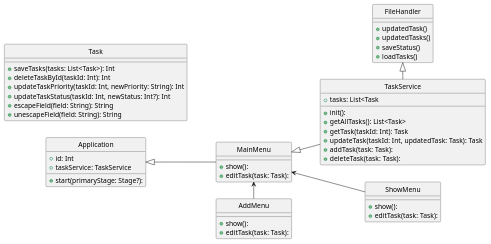
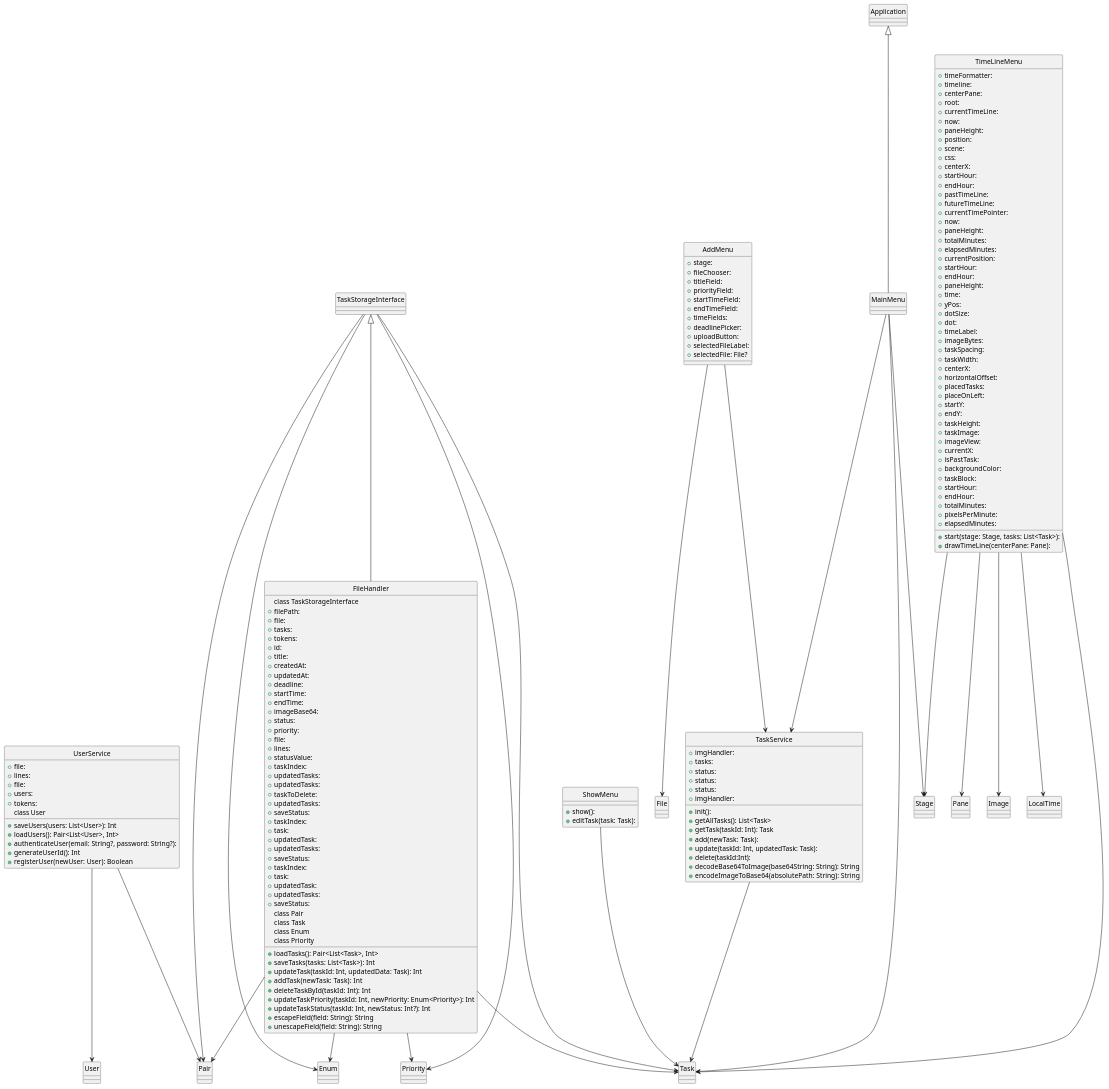
One commit to ReniIrinyi/FocusFlow changed the diagram in docs/diagram.puml. Above: the diagram before and after it, drawn with PlantUML. The commit also changed 24 other files, not shown here.

Commit message:
TimeLine & TimeLineHeader & MainMenu & Authenticate

```diff
--- a/docs/diagram.puml
+++ b/docs/diagram.puml
@@ -1,56 +1,180 @@
 @startuml
 hide circle
-left to right direction
-
 class FileHandler {
-    + updatedTask()
-    + updatedTasks()
-    + saveStatus()
-    + loadTasks()
-    }
-
-class Task {
+class TaskStorageInterface
+    + filePath: 
+    + file: 
+    + tasks: 
+    + tokens: 
+    + id: 
+    + title: 
+    + createdAt: 
+    + updatedAt: 
+    + deadline: 
+    + startTime: 
+    + endTime: 
+    + imageBase64: 
+    + status: 
+    + priority: 
+    + file: 
+    + lines: 
+    + statusValue: 
+    + taskIndex: 
+    + updatedTasks: 
+    + updatedTasks: 
+    + taskToDelete: 
+    + updatedTasks: 
+    + saveStatus: 
+    + taskIndex: 
+    + task: 
+    + updatedTask: 
+    + updatedTasks: 
+    + saveStatus: 
+    + taskIndex: 
+    + task: 
+    + updatedTask: 
+    + updatedTasks: 
+    + saveStatus: 
+    + loadTasks(): Pair<List<Task>, Int>
+class Pair
+class Task
     + saveTasks(tasks: List<Task>): Int
+    + updateTask(taskId: Int, updatedData: Task): Int
+    + addTask(newTask: Task): Int
     + deleteTaskById(taskId: Int): Int
-    + updateTaskPriority(taskId: Int, newPriority: String): Int
+    + updateTaskPriority(taskId: Int, newPriority: Enum<Priority>): Int
+class Enum
+class Priority
     + updateTaskStatus(taskId: Int, newStatus: Int?): Int
     + escapeField(field: String): String
     + unescapeField(field: String): String
 }
 class TaskService {
-    + tasks: List<Task
+    + imgHandler: 
+    + tasks: 
+    + status: 
+    + status: 
+    + status: 
+    + imgHandler: 
     + init(): 
     + getAllTasks(): List<Task>
     + getTask(taskId: Int): Task
-    + updateTask(taskId: Int, updatedTask: Task): Task
-    + addTask(task: Task): 
-    + deleteTask(task: Task): 
+    + add(newTask: Task): 
+    + update(taskId: Int, updatedTask: Task): 
+    + delete(taskId:Int): 
+    + decodeBase64ToImage(base64String: String): String
+    + encodeImageToBase64(absolutePath: String): String
+
+}
+class UserService {
+    + file: 
+    + lines: 
+    + file: 
+    + users: 
+    + tokens: 
+    + saveUsers(users: List<User>): Int
+class User
+    + loadUsers(): Pair<List<User>, Int>
+    + authenticateUser(email: String?, password: String?): 
+    + generateUserId(): Int
+    + registerUser(newUser: User): Boolean
+}
+class AddMenu {
+    + stage: 
+    + fileChooser: 
+    + titleField: 
+    + priorityField: 
+    + startTimeField: 
+    + endTimeField: 
+    + timeFields: 
+    + deadlinePicker: 
+    + uploadButton: 
+    + selectedFileLabel: 
+    + selectedFile: File?
+
 }
 
-class MainMenu {
-    + show():
-    + editTask(task: Task):
-    }
-class Application {
-    + id: Int
-    + taskService: TaskService
-    + start(primaryStage: Stage?):
-    }
+class ShowMenu {
+    + show(): 
+    + editTask(task: Task): 
+}
+class TimeLineMenu {
+    + timeFormatter: 
+    + timeline: 
+    + centerPane: 
+    + root: 
+    + currentTimeLine: 
+    + now: 
+    + paneHeight: 
+    + position: 
+    + scene: 
+    + css: 
+    + centerX: 
+    + startHour: 
+    + endHour: 
+    + pastTimeLine: 
+    + futureTimeLine: 
+    + currentTimePointer: 
+    + now: 
+    + paneHeight: 
+    + totalMinutes: 
+    + elapsedMinutes: 
+    + currentPosition: 
+    + startHour: 
+    + endHour: 
+    + paneHeight: 
+    + time: 
+    + yPos: 
+    + dotSize: 
+    + dot: 
+    + timeLabel: 
+    + imageBytes: 
+    + taskSpacing: 
+    + taskWidth: 
+    + centerX: 
+    + horizontalOffset: 
+    + placedTasks: 
+    + placeOnLeft: 
+    + startY: 
+    + endY: 
+    + taskHeight: 
+    + taskImage: 
+    + imageView: 
+    + currentX: 
+    + isPastTask: 
+    + backgroundColor: 
+    + taskBlock: 
+    + startHour: 
+    + endHour: 
+    + totalMinutes: 
+    + pixelsPerMinute: 
+    + elapsedMinutes: 
+    + start(stage: Stage, tasks: List<Task>): 
+    + drawTimeLine(centerPane: Pane): 
+}
 
-class ShowMenu {
-+ show():
-    + editTask(task: Task):
-    }
-    class AddMenu {
-+ show():
-    + editTask(task: Task):
-    }
-
-
+TaskStorageInterface <|-- FileHandler
 Application <|-- MainMenu
-FileHandler <|-TaskService
-MainMenu <|-- TaskService
-MainMenu <--ShowMenu
-MainMenu <-AddMenu
-
+FileHandler --> Pair
+FileHandler --> Task
+FileHandler --> Enum
+FileHandler --> Priority
+TaskService --> Task
+TaskStorageInterface --> Pair
+TaskStorageInterface --> Task
+TaskStorageInterface --> Enum
+TaskStorageInterface --> Priority
+UserService --> User
+UserService --> Pair
+AddMenu --> File
+AddMenu --> TaskService
+MainMenu --> TaskService
+MainMenu --> Stage
+MainMenu --> Task
+ShowMenu --> Task
+TimeLineMenu --> Stage
+TimeLineMenu --> Task
+TimeLineMenu --> Pane
+TimeLineMenu --> Image
+TimeLineMenu --> LocalTime
 @enduml
```
